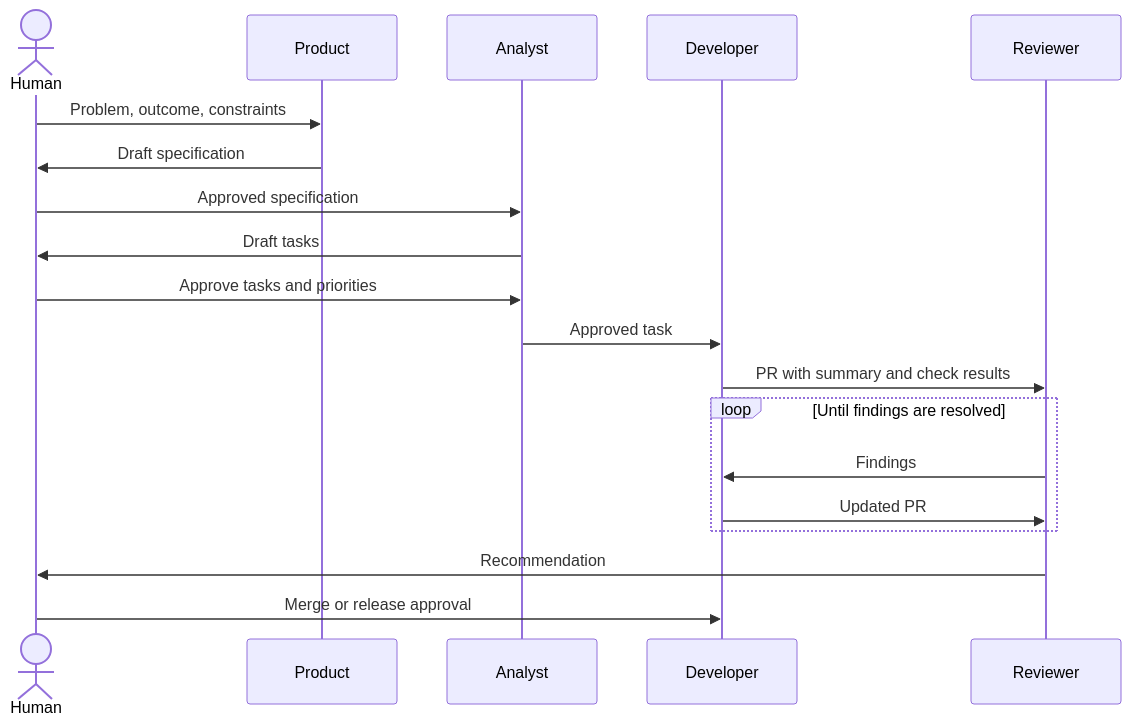
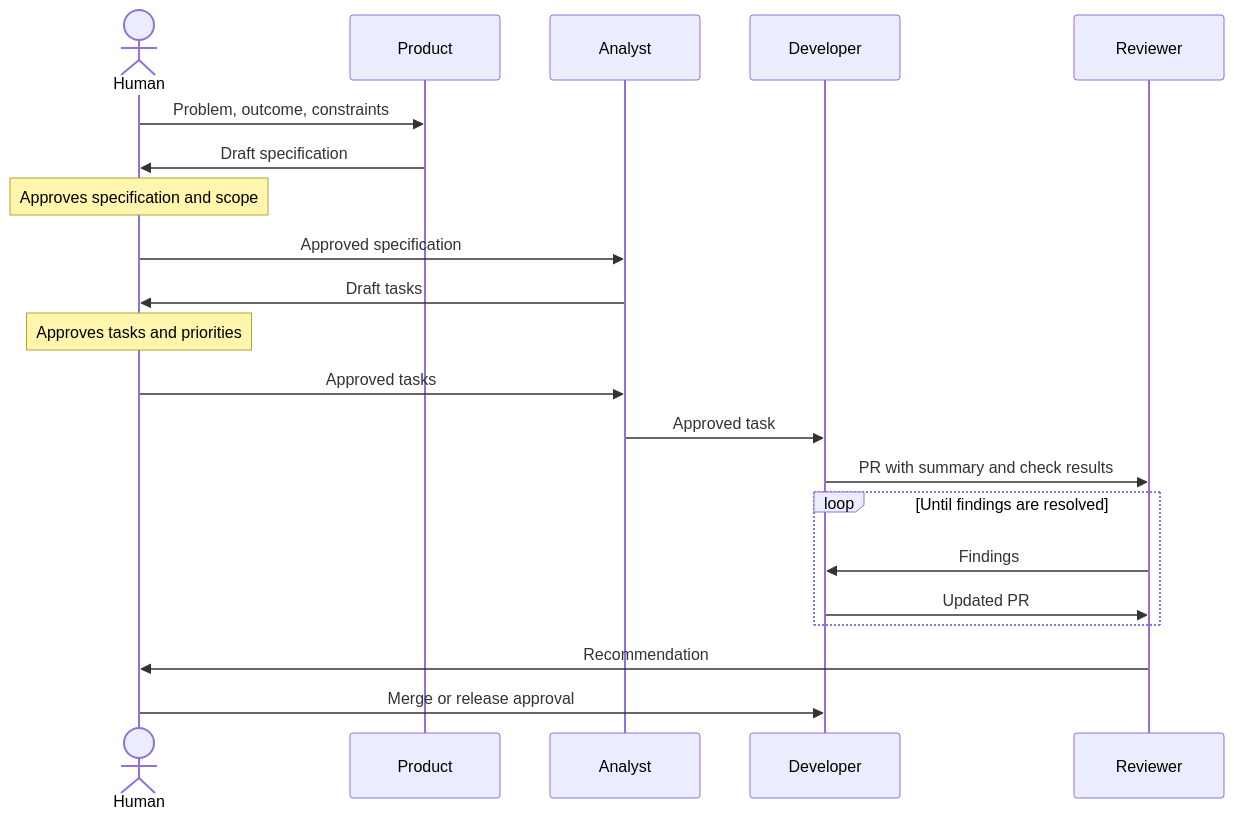
One commit to ho-henry-senior/ai-wiki changed the diagram in content/articles/agent-role-boundaries.md. Above: the diagram before and after it, drawn with Mermaid.

Commit message:
Make the human's approvals explicit in the handoffs diagram
Claude-Session: https://claude.ai/code/session_01JnQ9CfsMTdhZCkoVjbip6H

````diff
--- a/content/articles/agent-role-boundaries.md
+++ b/content/articles/agent-role-boundaries.md
@@ -39,22 +39,24 @@
 ```mermaid
 sequenceDiagram
     actor Human
     participant Product
     participant BA as Analyst
     participant Dev as Developer
     participant Reviewer
 
     Human->>Product: Problem, outcome, constraints
     Product->>Human: Draft specification
+    Note over Human: Approves specification and scope
     Human->>BA: Approved specification
     BA->>Human: Draft tasks
-    Human->>BA: Approve tasks and priorities
+    Note over Human: Approves tasks and priorities
+    Human->>BA: Approved tasks
     BA->>Dev: Approved task
     Dev->>Reviewer: PR with summary and check results
     loop Until findings are resolved
         Reviewer->>Dev: Findings
         Dev->>Reviewer: Updated PR
     end
     Reviewer->>Human: Recommendation
     Human->>Dev: Merge or release approval
 ```
````
